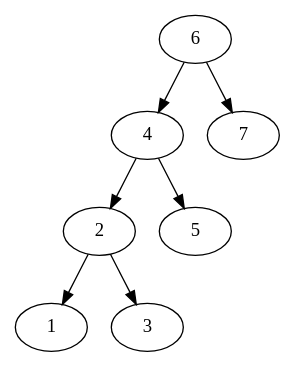
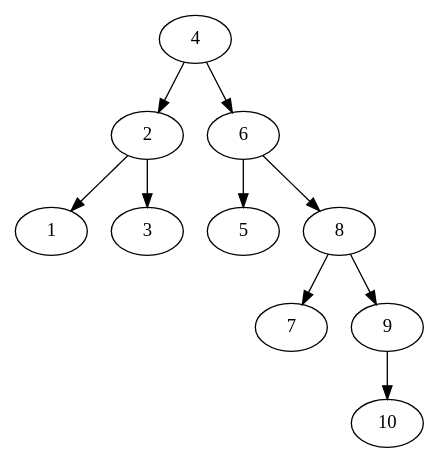
Before and after one commit to hitarth0710/My_Works: the diagram in Programming/projects/tree.dot, drawn with Graphviz. The commit also changed 8 other files, not shown here.

```diff
--- a/Programming/projects/tree.dot
+++ b/Programming/projects/tree.dot
@@ -1,8 +1,11 @@
 digraph G {
-6 -> 4;
 4 -> 2;
 2 -> 1;
 2 -> 3;
-4 -> 5;
-6 -> 7;
+4 -> 6;
+6 -> 5;
+6 -> 8;
+8 -> 7;
+8 -> 9;
+9 -> 10;
 }
```
